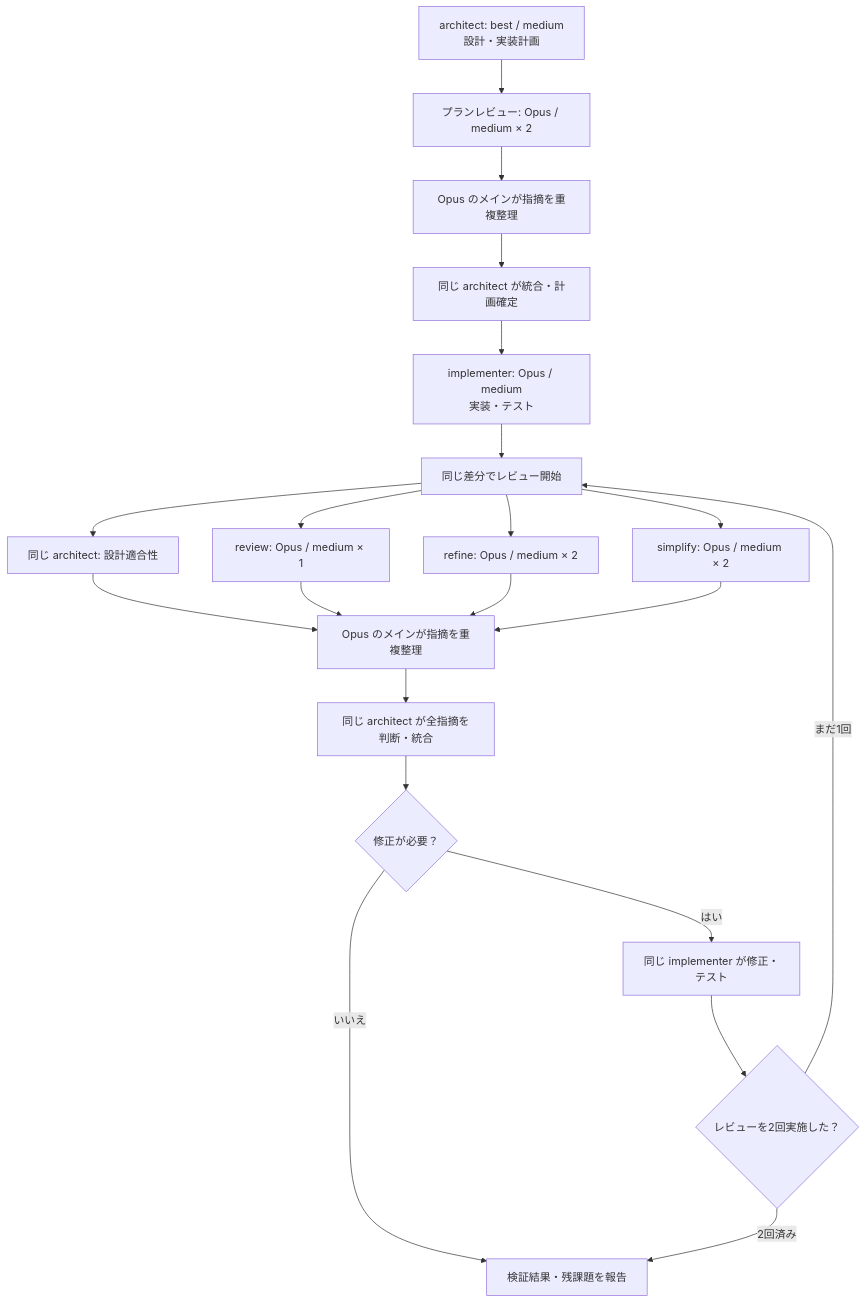
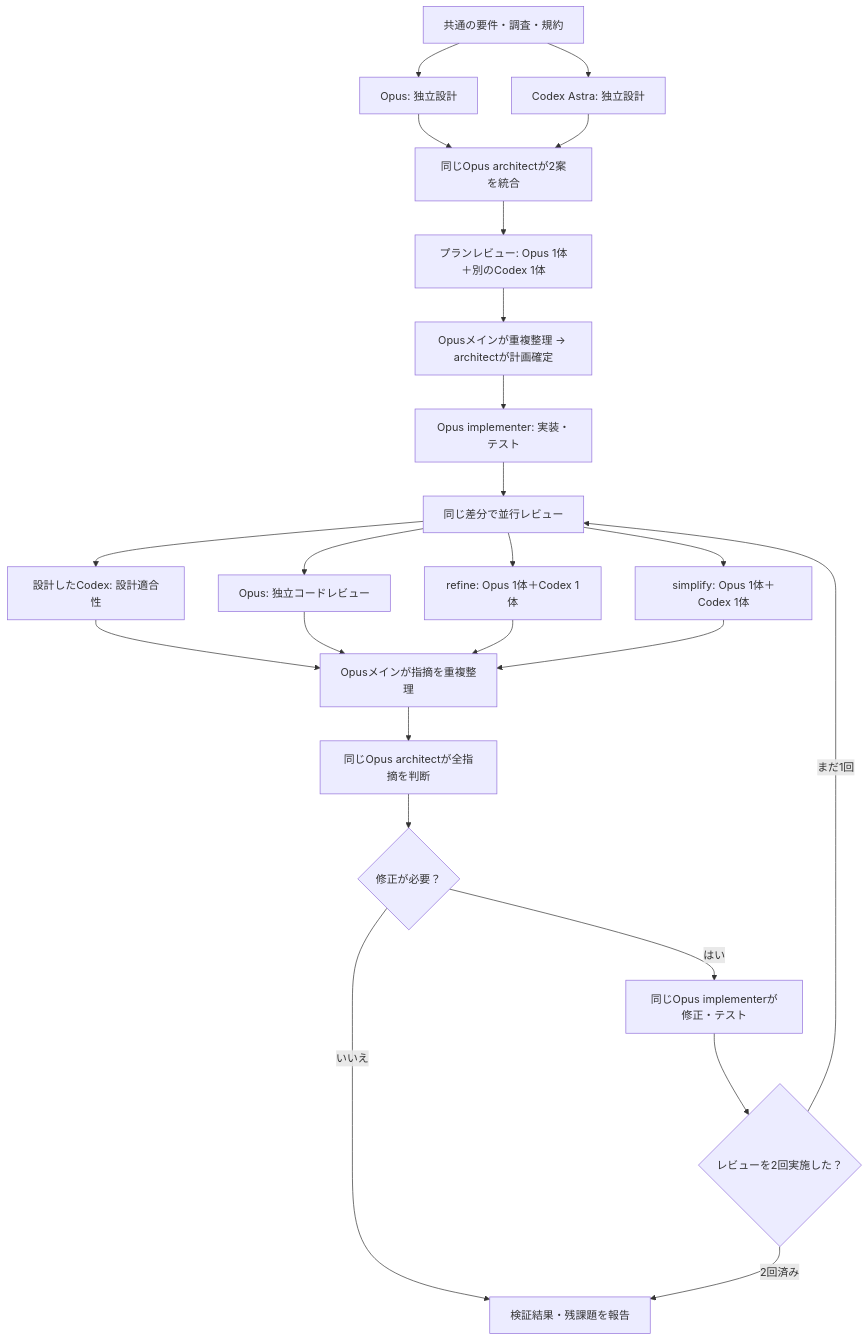
Before and after one commit to sh1n4ps/shinaps-skills: the diagram in README.md, drawn with Mermaid. The commit also changed other lines of this file and 13 other files, not shown here.

Commit message:
Pair Opus with Codex Astra for design and independent reviews

````diff
--- a/README.md
+++ b/README.md
@@ -179,23 +181,26 @@
 ```mermaid
 flowchart TD
-    A["architect: best / medium<br/>設計・実装計画"] --> B["プランレビュー: Opus / medium × 2"]
-    B --> P["Opus のメインが指摘を重複整理"]
-    P --> C["同じ architect が統合・計画確定"]
-    C --> D["implementer: Opus / medium<br/>実装・テスト"]
-    D --> E["同じ差分でレビュー開始"]
-    E --> F["同じ architect: 設計適合性"]
-    E --> G["review: Opus / medium × 1"]
-    E --> H["refine: Opus / medium × 2"]
-    E --> I["simplify: Opus / medium × 2"]
-    F --> O["Opus のメインが指摘を重複整理"]
+    S["共通の要件・調査・規約"] --> A["Opus: 独立設計"]
+    S --> B["Codex Astra: 独立設計"]
+    A --> C["同じOpus architectが2案を統合"]
+    B --> C
+    C --> P["プランレビュー: Opus 1体＋別のCodex 1体"]
+    P --> Q["Opusメインが重複整理 → architectが計画確定"]
+    Q --> D["Opus implementer: 実装・テスト"]
+    D --> E["同じ差分で並行レビュー"]
+    E --> F["設計したCodex: 設計適合性"]
+    E --> G["Opus: 独立コードレビュー"]
+    E --> H["refine: Opus 1体＋Codex 1体"]
+    E --> I["simplify: Opus 1体＋Codex 1体"]
+    F --> O["Opusメインが指摘を重複整理"]
     G --> O
     H --> O
     I --> O
-    O --> J["同じ architect が全指摘を判断・統合"]
+    O --> J["同じOpus architectが全指摘を判断"]
     J --> K{"修正が必要？"}
     K -- いいえ --> N["検証結果・残課題を報告"]
-    K -- はい --> L["同じ implementer が修正・テスト"]
+    K -- はい --> L["同じOpus implementerが修正・テスト"]
     L --> M{"レビューを2回実施した？"}
     M -- まだ1回 --> E
     M -- 2回済み --> N
 ```
````
